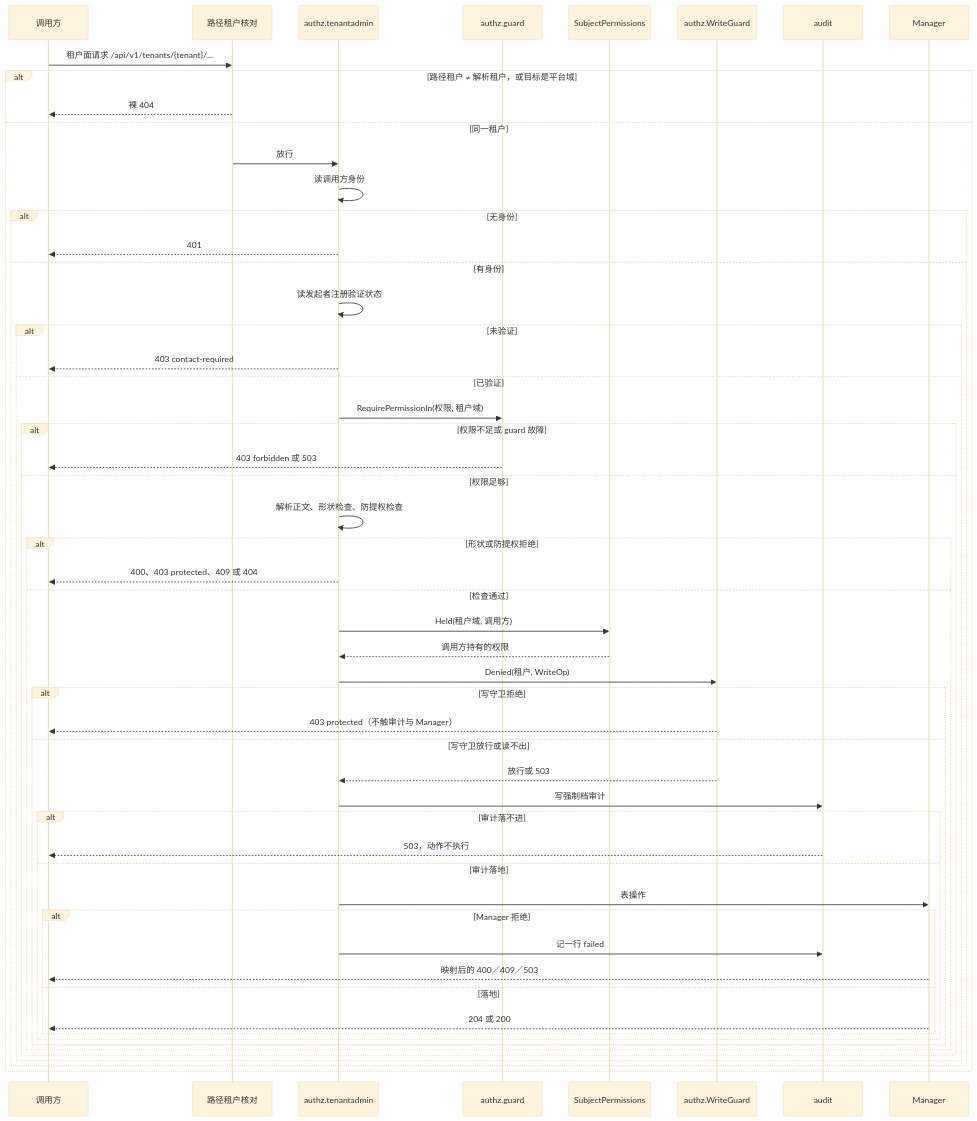
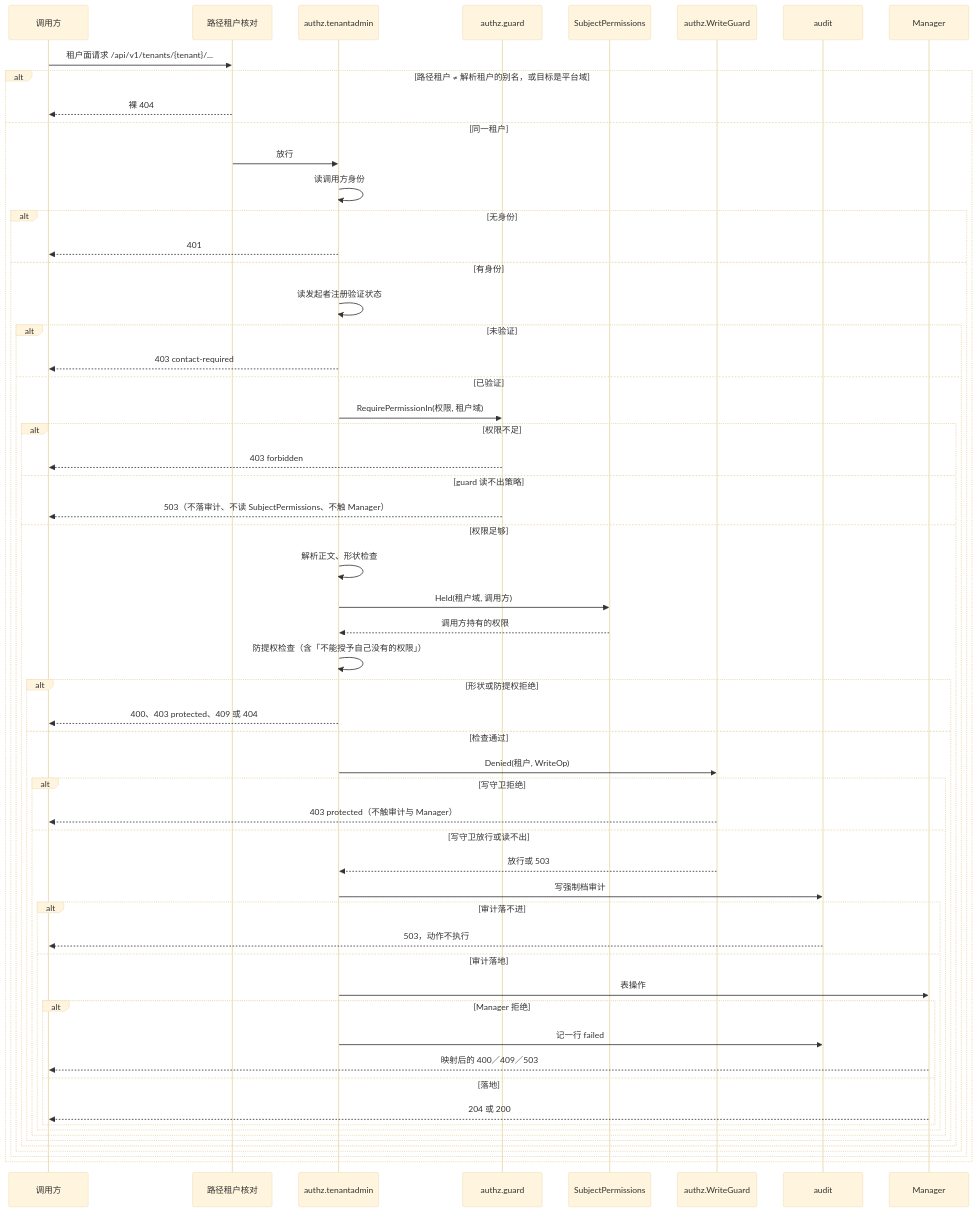
One commit to wangzw/speed changed the fourth of 4 diagrams in docs/design/modules/design-authz.md. Above: the diagram before and after it, drawn with Mermaid (base theme). The commit also changed other lines of this file and 28 other files, not shown here.

````diff
--- a/docs/design/modules/design-authz.md
+++ b/docs/design/modules/design-authz.md
@@ -736,58 +737,61 @@
 ```mermaid
 sequenceDiagram
     participant C as 调用方
     participant M as 路径租户核对
     participant H as authz.tenantadmin
     participant G as authz.guard
     participant S as SubjectPermissions
     participant W as authz.WriteGuard
     participant A as audit
     participant P as Manager
 
     C->>M: 租户面请求 /api/v1/tenants/{tenant}/...
-    alt 路径租户 ≠ 解析租户，或目标是平台域
+    alt 路径租户 ≠ 解析租户的别名，或目标是平台域
         M-->>C: 裸 404
     else 同一租户
         M->>H: 放行
         H->>H: 读调用方身份
         alt 无身份
             H-->>C: 401
         else 有身份
             H->>H: 读发起者注册验证状态
             alt 未验证
                 H-->>C: 403 contact-required
             else 已验证
                 H->>G: RequirePermissionIn(权限, 租户域)
-                alt 权限不足或 guard 故障
-                    G-->>C: 403 forbidden 或 503
+                alt 权限不足
+                    G-->>C: 403 forbidden
+                else guard 读不出策略
+                    G-->>C: 503（不落审计、不读 SubjectPermissions、不触 Manager）
                 else 权限足够
-                    H->>H: 解析正文、形状检查、防提权检查
+                    H->>H: 解析正文、形状检查
+                    H->>S: Held(租户域, 调用方)
+                    S-->>H: 调用方持有的权限
+                    H->>H: 防提权检查（含「不能授予自己没有的权限」）
                     alt 形状或防提权拒绝
                         H-->>C: 400、403 protected、409 或 404
                     else 检查通过
-                        H->>S: Held(租户域, 调用方)
-                        S-->>H: 调用方持有的权限
                         H->>W: Denied(租户, WriteOp)
                         alt 写守卫拒绝
                             W-->>C: 403 protected（不触审计与 Manager）
                         else 写守卫放行或读不出
                             W-->>H: 放行或 503
                             H->>A: 写强制档审计
                             alt 审计落不进
                                 A-->>C: 503，动作不执行
                             else 审计落地
                                 H->>P: 表操作
                                 alt Manager 拒绝
                                     H->>A: 记一行 failed
                                     P-->>C: 映射后的 400／409／503
                                 else 落地
                                     P-->>C: 204 或 200
                                 end
                             end
                         end
                     end
                 end
             end
         end
     end
 ```
````
